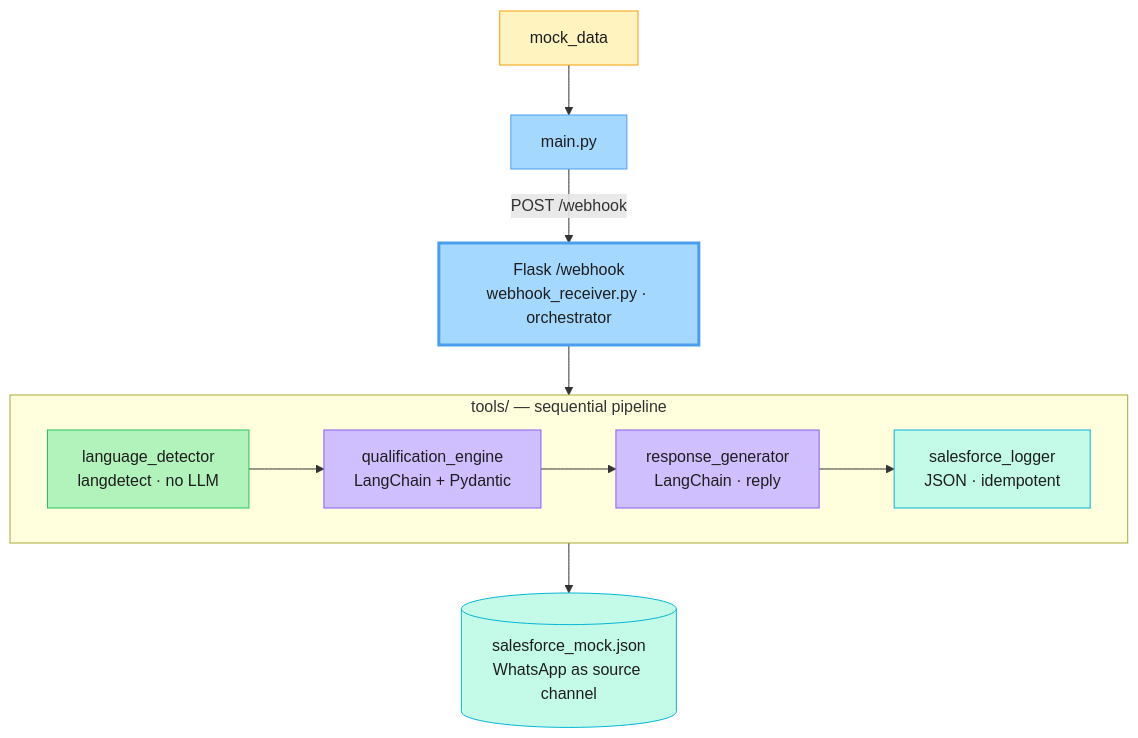
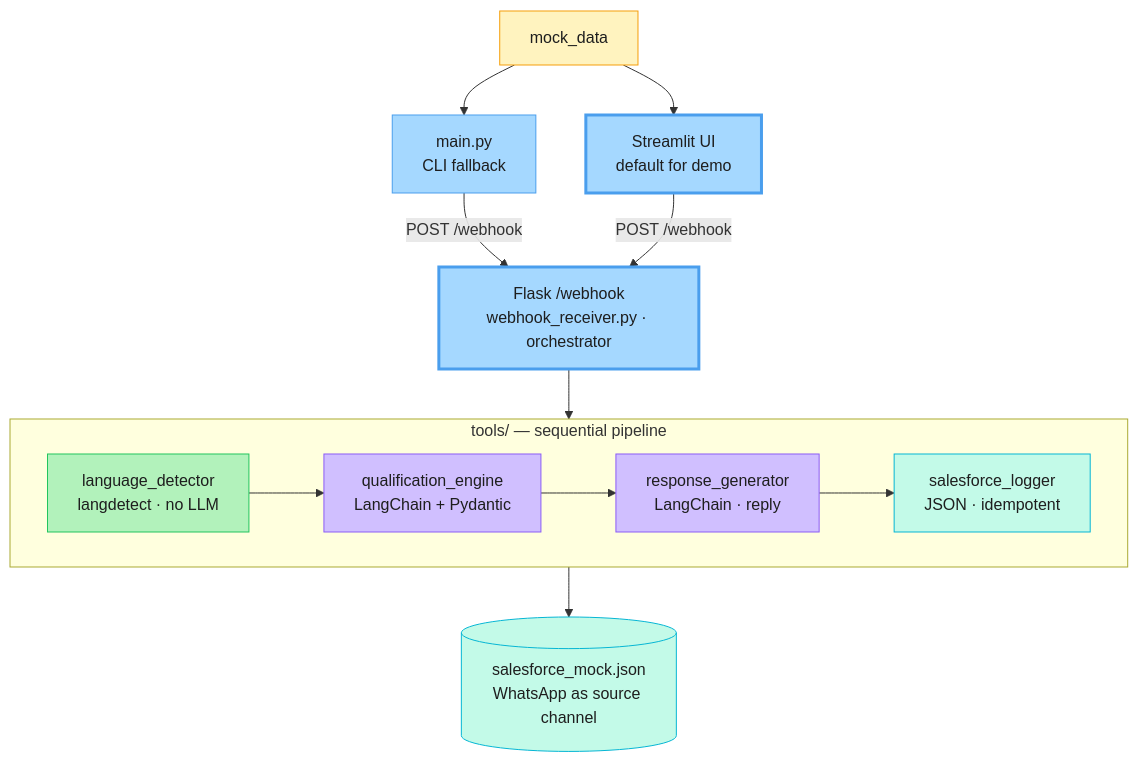
Before and after one commit to aehirota/telnyx-quinn-whatsapp-poc: the diagram in README.md, drawn with Mermaid. The commit also changed 4 other files, not shown here.

````diff
--- a/README.md
+++ b/README.md
@@ -90,35 +90,40 @@
 ```mermaid
 flowchart TD
     Mock[mock_data]
-    Main[main.py]
+    Main[main.py<br/>CLI fallback]
+    Streamlit[Streamlit UI<br/>default for demo]
     Flask[Flask /webhook<br/>webhook_receiver.py · orchestrator]
 
     Mock --> Main
+    Mock --> Streamlit
     Main -->|POST /webhook| Flask
+    Streamlit -->|POST /webhook| Flask
     Flask --> Lang
 
     subgraph Tools[tools/ — sequential pipeline]
         direction LR
         Lang[language_detector<br/>langdetect · no LLM]
         Qual[qualification_engine<br/>LangChain + Pydantic]
         Resp[response_generator<br/>LangChain · reply]
         Log[salesforce_logger<br/>JSON · idempotent]
         Lang --> Qual --> Resp --> Log
     end
 
     Log --> SF[(salesforce_mock.json<br/>WhatsApp as source channel)]
 
     classDef input fill:#fff3bf,stroke:#f59e0b,color:#1e1e1e
     classDef entry fill:#a5d8ff,stroke:#4a9eed,color:#1e1e1e
+    classDef entryPrimary fill:#a5d8ff,stroke:#4a9eed,stroke-width:3px,color:#1e1e1e
     classDef agent fill:#a5d8ff,stroke:#4a9eed,stroke-width:3px,color:#1e1e1e
     classDef deterministic fill:#b2f2bb,stroke:#22c55e,color:#1e1e1e
     classDef llm fill:#d0bfff,stroke:#8b5cf6,color:#1e1e1e
     classDef storage fill:#c3fae8,stroke:#06b6d4,color:#1e1e1e
 
     class Mock input
     class Main entry
+    class Streamlit entryPrimary
     class Flask agent
     class Lang deterministic
     class Qual,Resp llm
     class Log,SF storage
 ```
````
